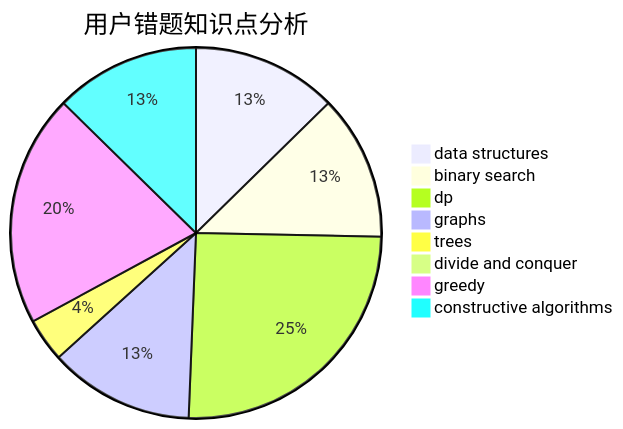
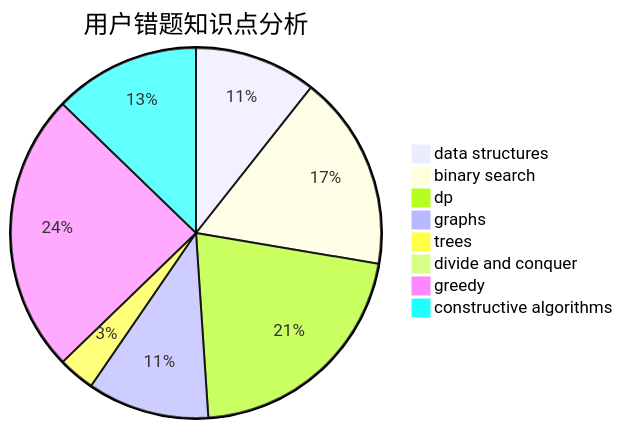
The third of 3 diagrams in docs/user/u575.md (sherpahu/cfrs.github.io), drawn with Mermaid before and after one commit. The commit also changed other lines of this file and 2770 other files, not shown here.

````diff
--- a/docs/user/u575.md
+++ b/docs/user/u575.md
@@ -36,11 +36,11 @@
 ```mermaid
 pie title 用户错题知识点分析
     "data structures" :  10
-    "binary search" :  10
+    "binary search" :  16
     "dp" :  20
     "graphs" :  10
     "trees" :  3
     "divide and conquer" :  0
-    "greedy" :  16
-    "constructive algorithms" :  10
+    "greedy" :  23
+    "constructive algorithms" :  12
 ```
````
